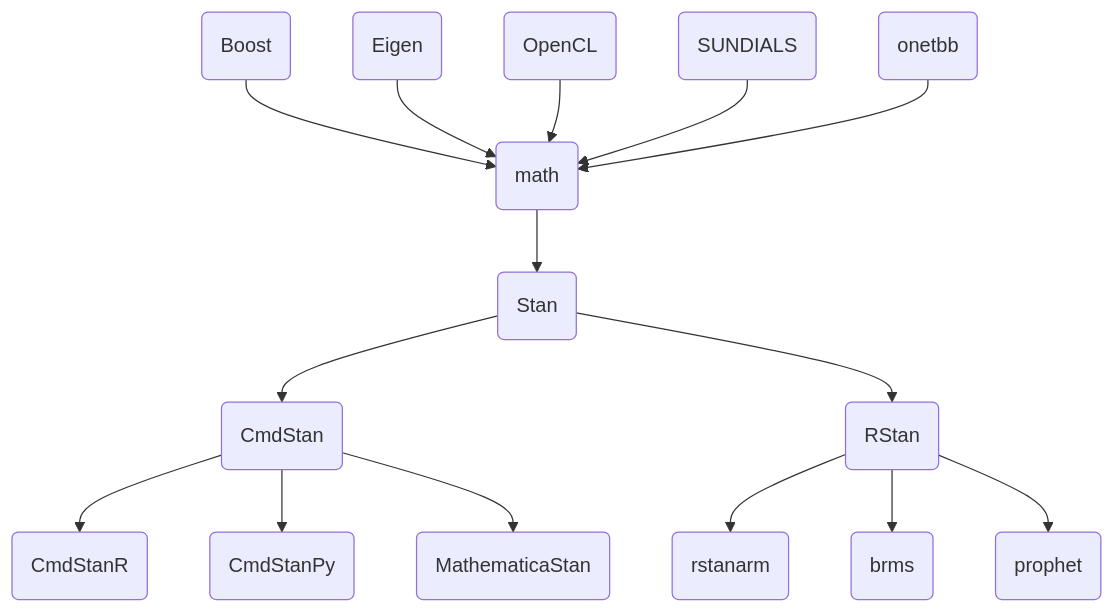
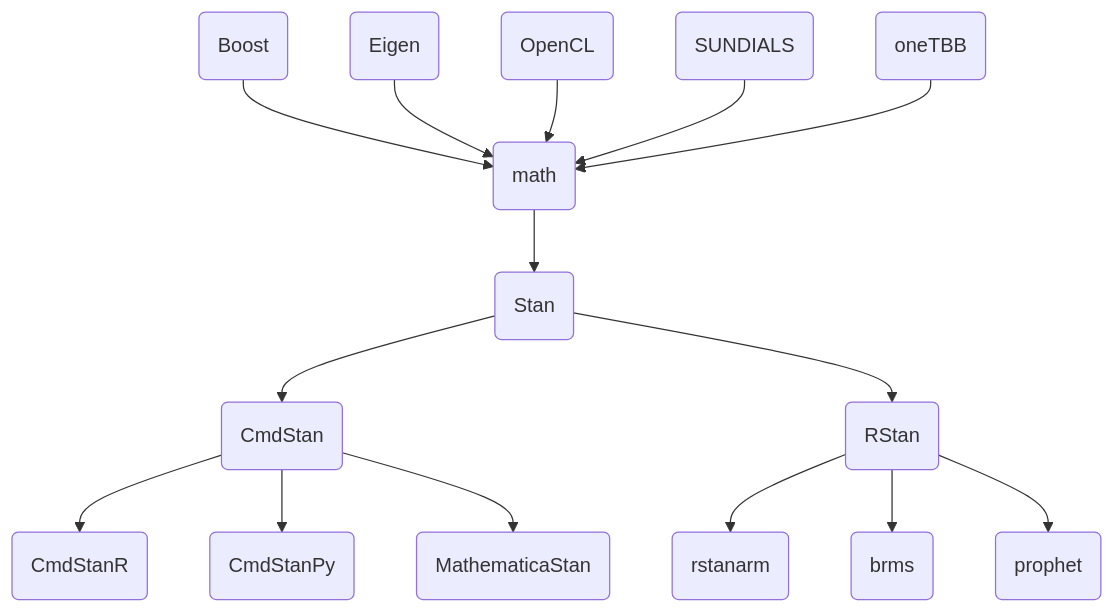
Before and after one commit to XiangyunHuang/data-analysis-in-action: the diagram in probabilistic-reasoning-framework.qmd, drawn with Mermaid. The commit also changed other lines of this file and 2 other files, not shown here.

````diff
--- a/probabilistic-reasoning-framework.qmd
+++ b/probabilistic-reasoning-framework.qmd
@@ -20,21 +20,21 @@
 ```{mermaid}
 %%| label: fig-stan-api
 %%| fig-width: 6.5
 %%| fig-cap: Stan、CmdStan 和 CmdStanR 等的依赖关系图
 
 flowchart TB
   Boost(Boost) --> math(math)
   Eigen(Eigen) --> math(math)
   OpenCL(OpenCL) --> math(math)
   SUNDIALS(SUNDIALS) --> math(math)
-  onetbb(onetbb) --> math(math)
+  oneTBB(oneTBB) --> math(math)
   math(math) --> Stan(Stan)
   Stan(Stan) --> CmdStan(CmdStan)
   Stan(Stan) --> RStan(RStan)
   RStan --> rstanarm(rstanarm)
   RStan --> brms(brms)
   RStan --> prophet(prophet)
   CmdStan --> CmdStanR(CmdStanR)
   CmdStan --> CmdStanPy(CmdStanPy)
   CmdStan --> MathematicaStan(MathematicaStan)
 ```
````
